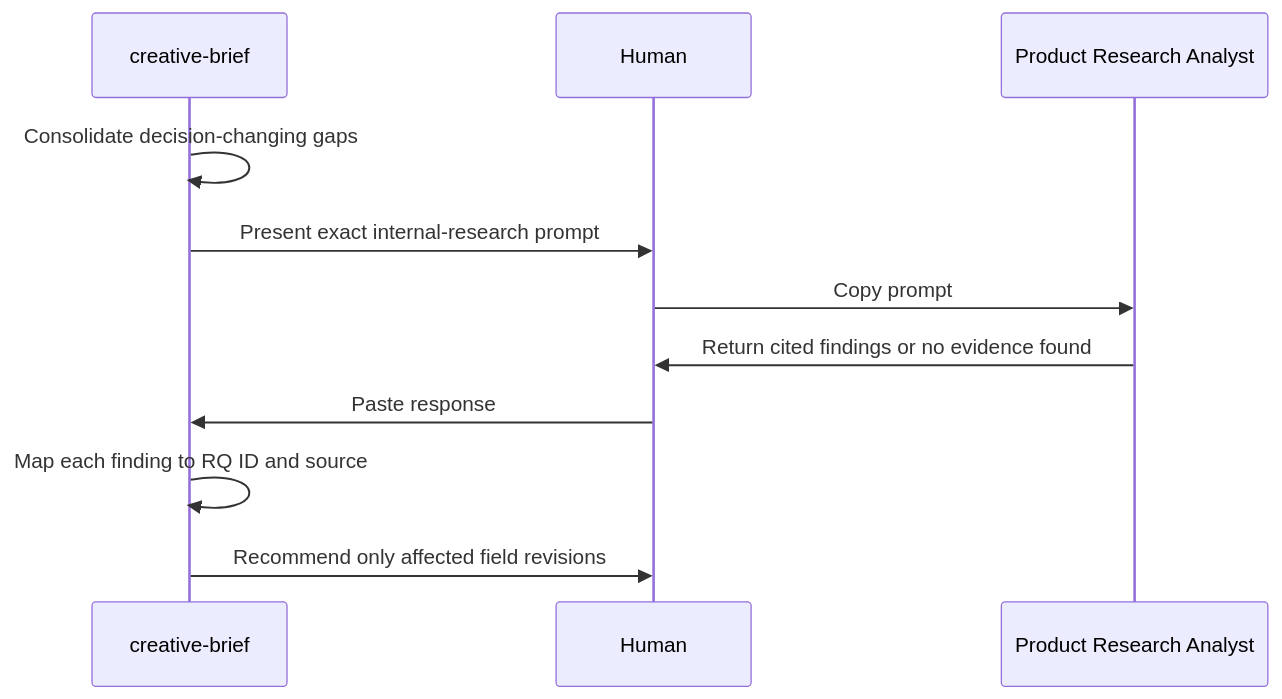
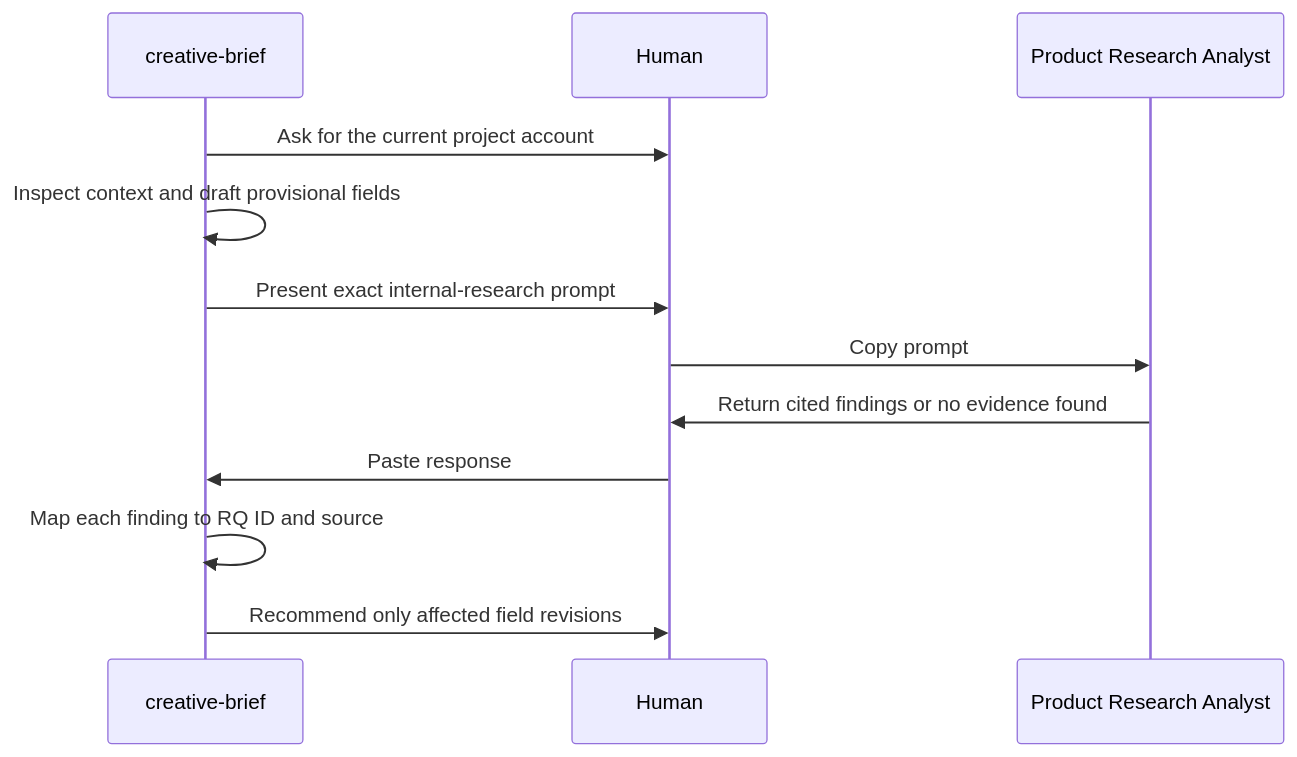
One commit to rloureiropyx/design-skills changed the second of 2 diagrams in docs/creative-brief/blueprint.md. Above: the diagram before and after it, drawn with Mermaid. The commit also changed other lines of this file and 12 other files, not shown here.

````diff
--- a/docs/creative-brief/blueprint.md
+++ b/docs/creative-brief/blueprint.md
@@ -105,13 +105,14 @@
 ```mermaid
 sequenceDiagram
   participant S as creative-brief
   participant H as Human
   participant A as Product Research Analyst
-  S->>S: Consolidate decision-changing gaps
+  S->>H: Ask for the current project account
+  S->>S: Inspect context and draft provisional fields
   S->>H: Present exact internal-research prompt
   H->>A: Copy prompt
   A->>H: Return cited findings or no evidence found
   H->>S: Paste response
   S->>S: Map each finding to RQ ID and source
   S->>H: Recommend only affected field revisions
 ```
````
